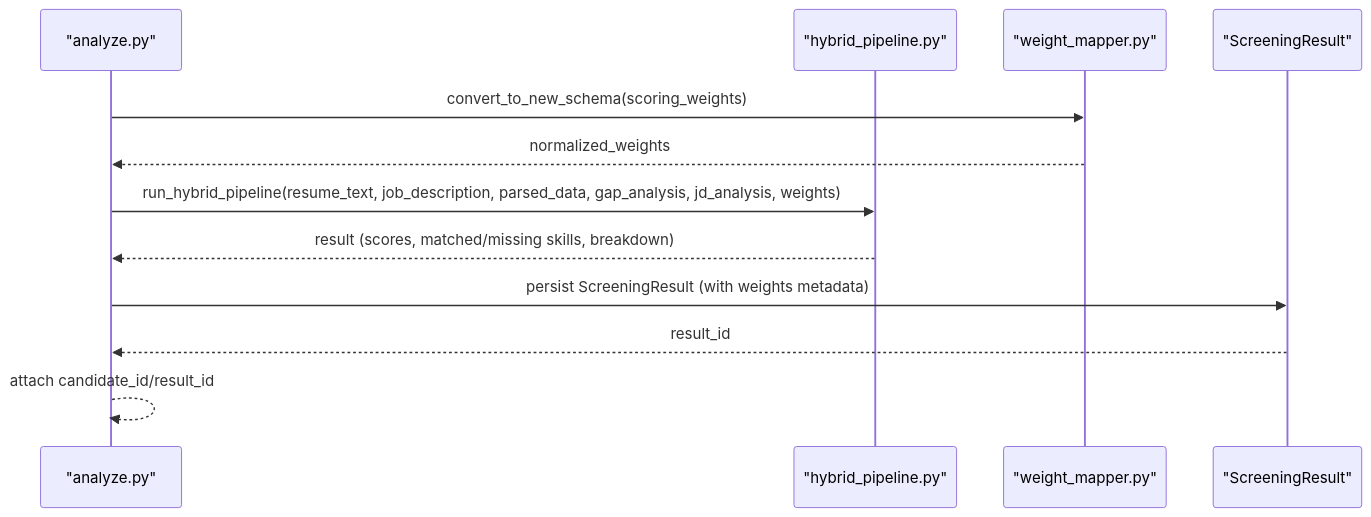
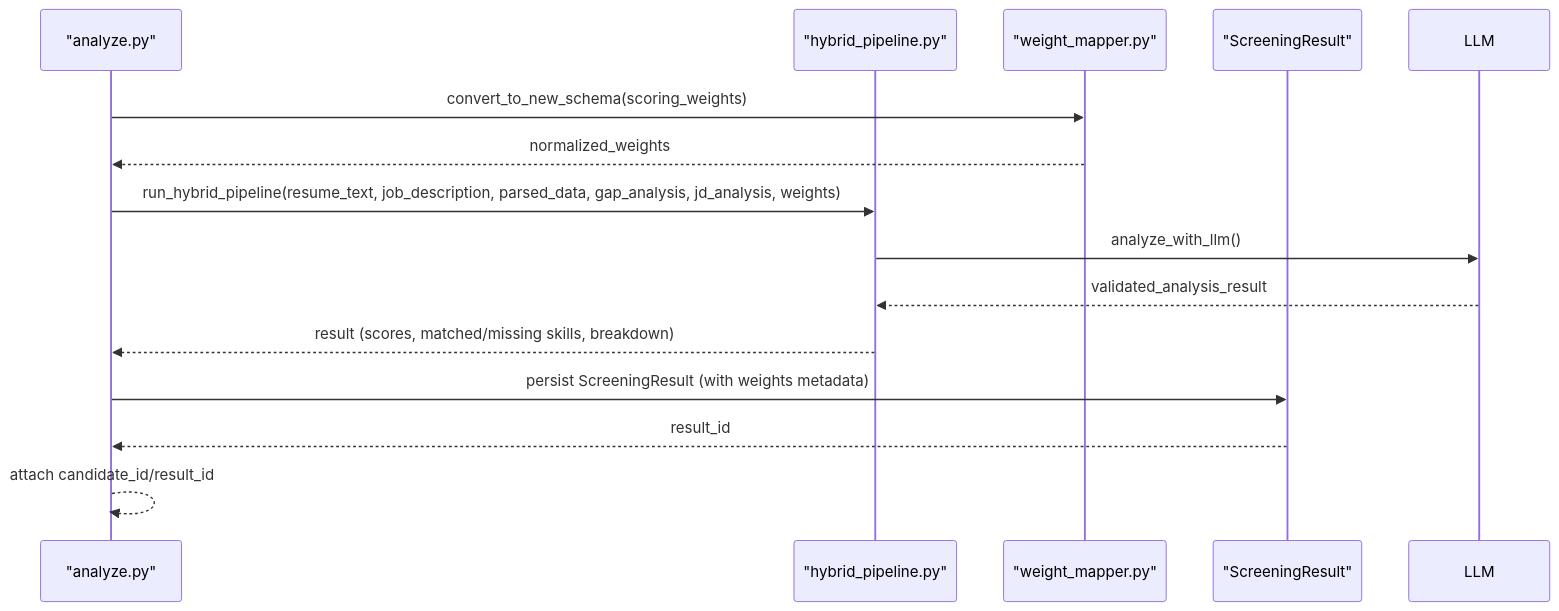
Before and after one commit to Revanththetalogics/aireume: the seventh of 12 diagrams in .qoder/repowiki/en/content/Candidate Management/Candidate Management.md, drawn with Mermaid. The commit also changed other lines of this file and 2 other files, not shown here.

First line of the commit message:
fix: use enriched candidate data from analysis_result in candidates.py

````diff
--- a/.qoder/repowiki/en/content/Candidate Management/Candidate Management.md
+++ b/.qoder/repowiki/en/content/Candidate Management/Candidate Management.md
@@ -332,14 +362,16 @@
 ```mermaid
 sequenceDiagram
 participant Route as "analyze.py"
 participant HP as "hybrid_pipeline.py"
 participant WM as "weight_mapper.py"
 participant SR as "ScreeningResult"
 Route->>WM : convert_to_new_schema(scoring_weights)
 WM-->>Route : normalized_weights
 Route->>HP : run_hybrid_pipeline(resume_text, job_description, parsed_data, gap_analysis, jd_analysis, weights)
+HP->>LLM : analyze_with_llm()
+LLM-->>HP : validated_analysis_result
 HP-->>Route : result (scores, matched/missing skills, breakdown)
 Route->>SR : persist ScreeningResult (with weights metadata)
 SR-->>Route : result_id
 Route-->>Route : attach candidate_id/result_id
 ```
````
